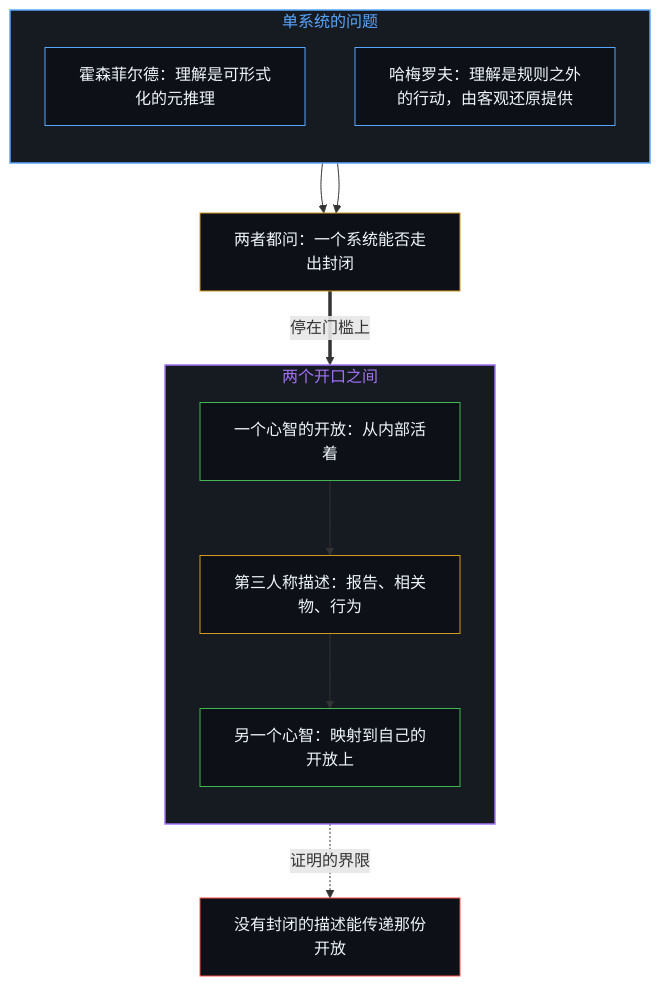
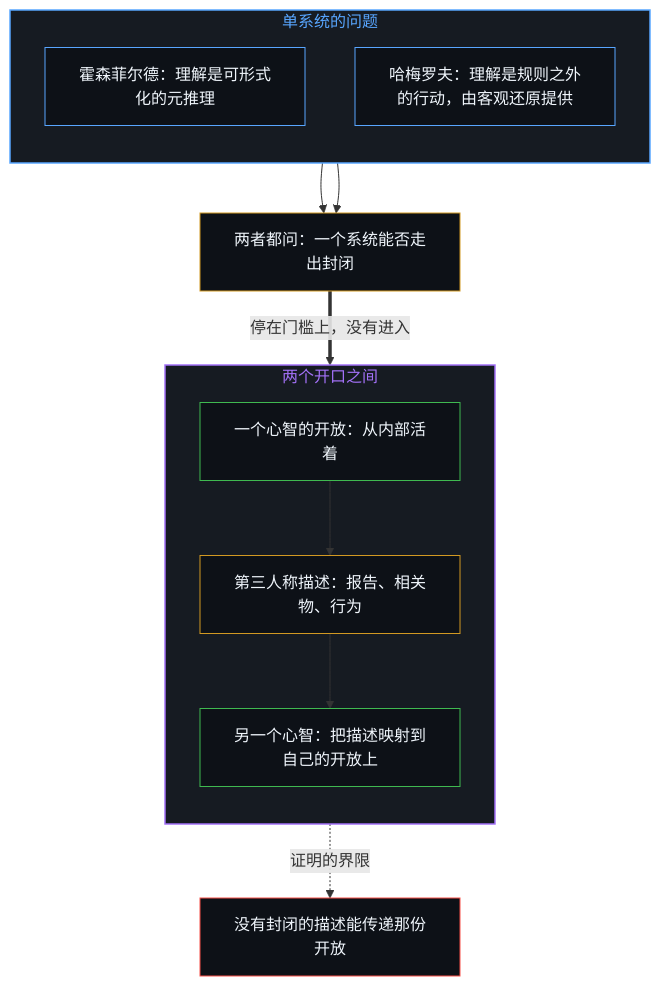
The first of 2 diagrams in content/posts/on-closed-systems-open-minds-and-the-limits-of-proof.md (powerpig99/not-a-toe), drawn with Mermaid before and after one commit. The commit also changed other lines of this file and 2 other files, not shown here.

````diff
--- a/content/posts/on-closed-systems-open-minds-and-the-limits-of-proof.md
+++ b/content/posts/on-closed-systems-open-minds-and-the-limits-of-proof.md
@@ -57,30 +57,30 @@
 ```mermaid
 flowchart TD
     subgraph S_One["单系统的问题"]
         direction TB
         H1["霍森菲尔德：理解是可形式化的元推理"]
         H2["哈梅罗夫：理解是规则之外的行动，由客观还原提供"]
     end
     Q["两者都问：一个系统能否走出封闭"]
     subgraph S_Two["两个开口之间"]
         direction TB
         M1["一个心智的开放：从内部活着"]
         D["第三人称描述：报告、相关物、行为"]
-        M2["另一个心智：映射到自己的开放上"]
+        M2["另一个心智：把描述映射到自己的开放上"]
     end
     L["没有封闭的描述能传递那份开放"]
     H1 --> Q
     H2 --> Q
-    Q ==>|"停在门槛上"| M1
+    Q ==>|"停在门槛上，没有进入"| S_Two
     M1 --> D --> M2
     D -.->|"证明的界限"| L
     style S_One fill:#161b22,stroke:#58a6ff,stroke-width:1.5px,color:#58a6ff
     style S_Two fill:#161b22,stroke:#a371f7,stroke-width:1.5px,color:#a371f7
     style H1 fill:#0d1117,stroke:#58a6ff,stroke-width:1px,color:#f0f6fc
     style H2 fill:#0d1117,stroke:#58a6ff,stroke-width:1px,color:#f0f6fc
     style Q fill:#0d1117,stroke:#d29922,stroke-width:1px,color:#f0f6fc
     style M1 fill:#0d1117,stroke:#3fb950,stroke-width:1px,color:#f0f6fc
     style D fill:#0d1117,stroke:#d29922,stroke-width:1px,color:#f0f6fc
     style M2 fill:#0d1117,stroke:#3fb950,stroke-width:1px,color:#f0f6fc
     style L fill:#0d1117,stroke:#f85149,stroke-width:1px,color:#f0f6fc
 ```
````
